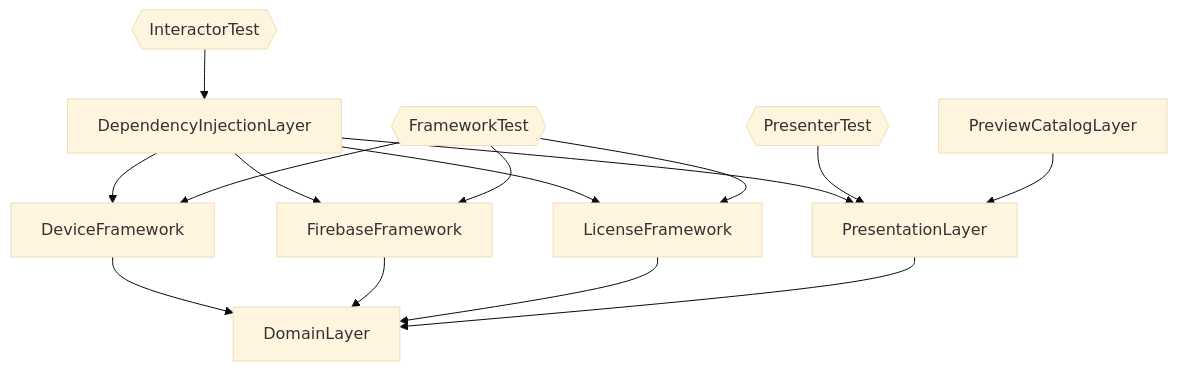
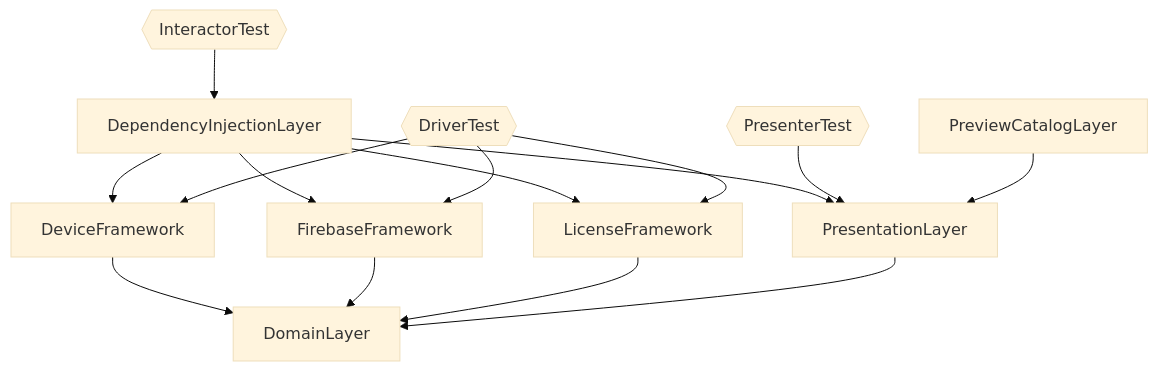
One commit to suguruTakahashi-1234/fia-practical-sample changed the diagram in asset/mermaid/test_targets.mmd. Above: the diagram before and after it, drawn with Mermaid (base theme). The commit also changed 9 other files, not shown here.

```diff
--- a/asset/mermaid/test_targets.mmd
+++ b/asset/mermaid/test_targets.mmd
@@ -1,16 +1,16 @@
 flowchart TD
     DependencyInjectionLayer-->DeviceFramework
     DependencyInjectionLayer-->FirebaseFramework
     DependencyInjectionLayer-->LicenseFramework
     DependencyInjectionLayer-->PresentationLayer
     DeviceFramework-->DomainLayer
     DomainLayer
+    DriverTest{{DriverTest}}-->DeviceFramework
+    DriverTest{{DriverTest}}-->FirebaseFramework
+    DriverTest{{DriverTest}}-->LicenseFramework
     FirebaseFramework-->DomainLayer
-    FrameworkTest{{FrameworkTest}}-->DeviceFramework
-    FrameworkTest{{FrameworkTest}}-->FirebaseFramework
-    FrameworkTest{{FrameworkTest}}-->LicenseFramework
     InteractorTest{{InteractorTest}}-->DependencyInjectionLayer
     LicenseFramework-->DomainLayer
     PresentationLayer-->DomainLayer
     PresenterTest{{PresenterTest}}-->PresentationLayer
     PreviewCatalogLayer-->PresentationLayer
```
